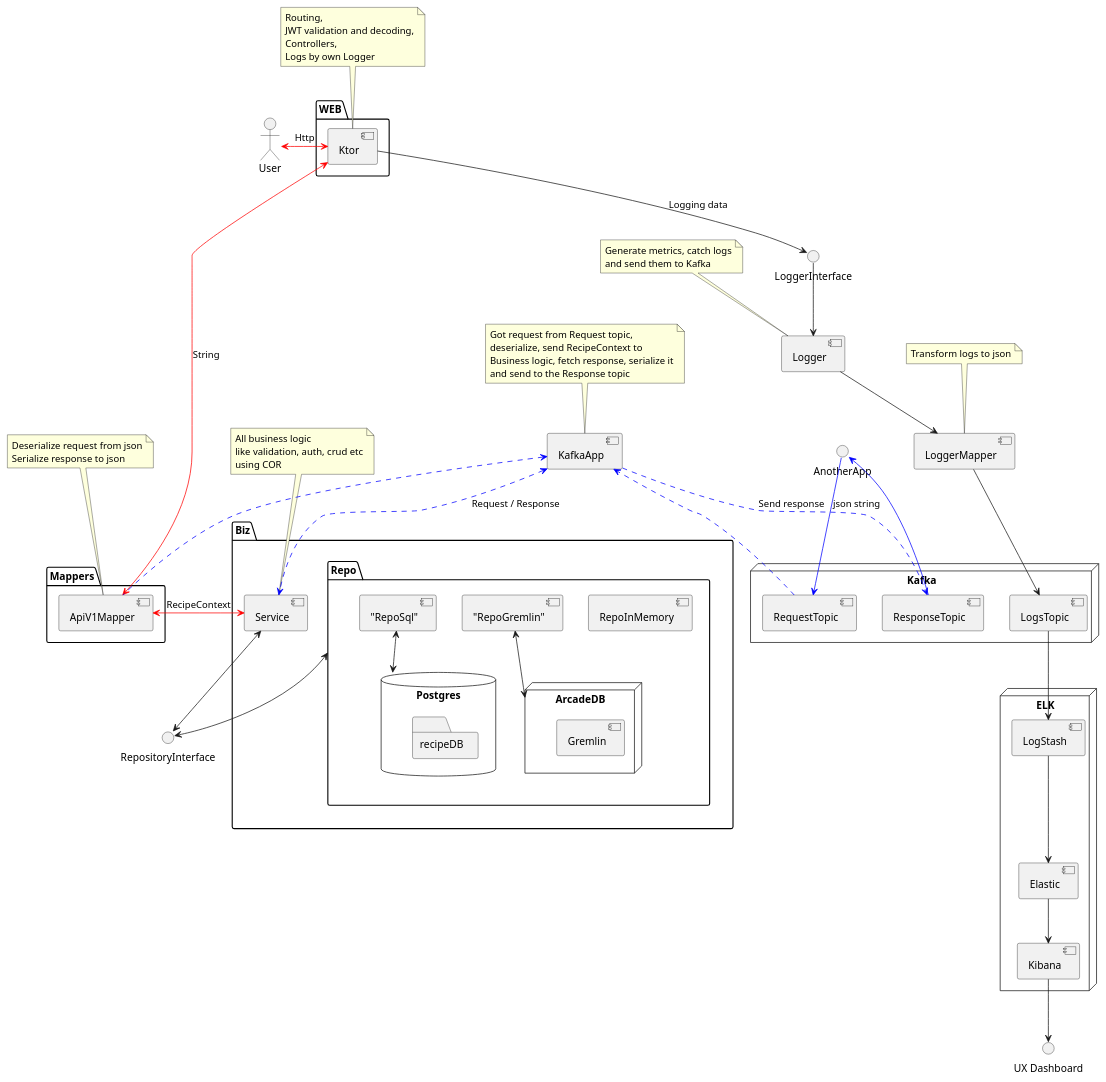
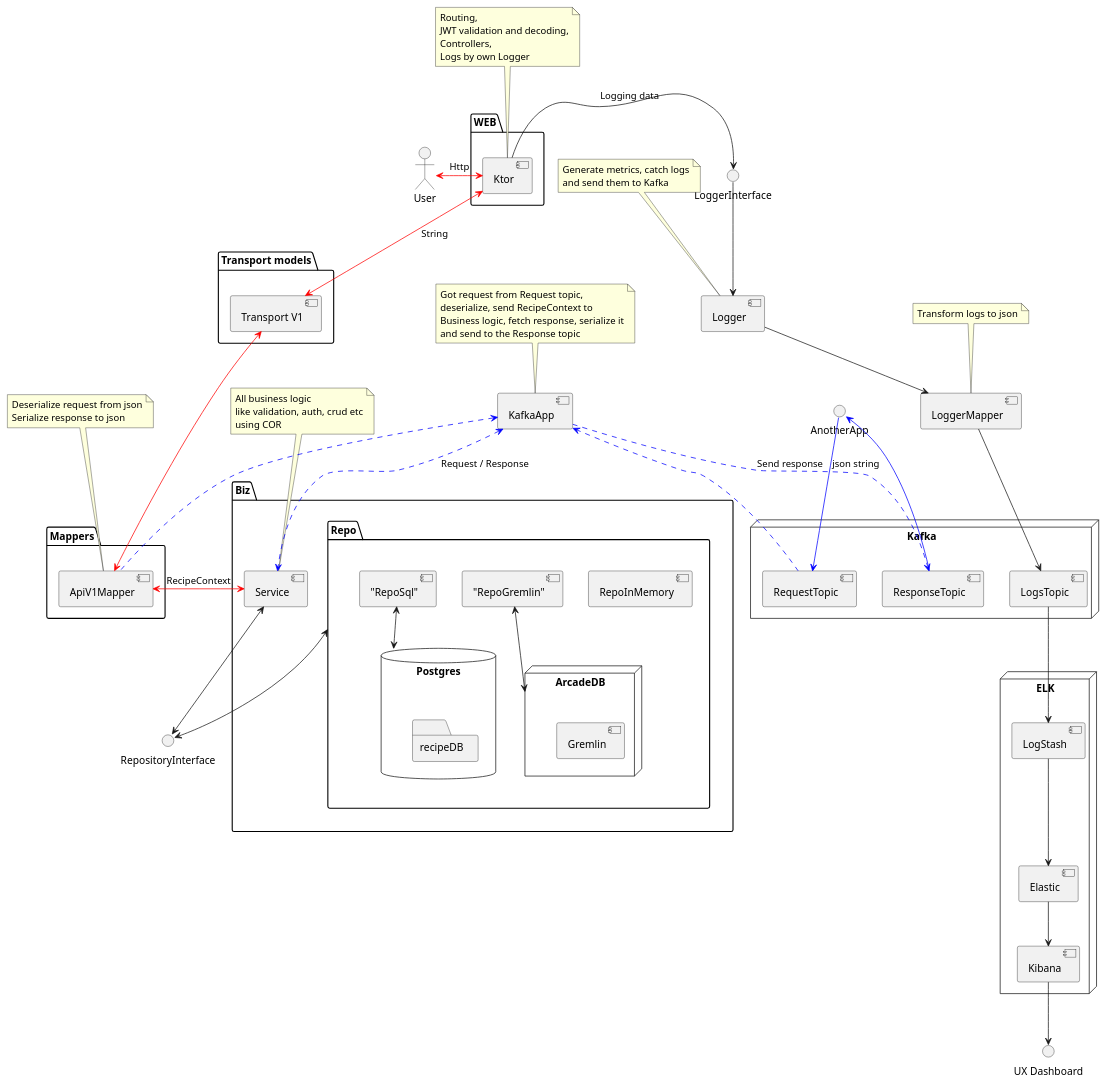
One commit to evgenysalnikov/otus-homework-recipe changed the diagram in docs/Recipe.puml. Above: the diagram before and after it, drawn with PlantUML. The commit also changed 1 other file, not shown here.

```diff
--- a/docs/Recipe.puml
+++ b/docs/Recipe.puml
@@ -1,95 +1,100 @@
 @startuml
 'https://plantuml.com/component-diagram
 "User"
 package "WEB" {
   User <-> [Ktor]#Red : Http
 }
 note top of Ktor
     Routing,
     JWT validation and decoding,
     Controllers,
     Logs by own Logger
 endnote
 
 node "Kafka" {
 [RequestTopic]
 [ResponseTopic]
 [LogsTopic]
 }
 
+package "Transport models" {
+    [Transport V1]
+}
+
 package "Mappers" {
-[Ktor] <--> [ApiV1Mapper]#Red: String
+[Transport V1] <--> [ApiV1Mapper]#Red
+[Ktor] <--> [Transport V1]#Red: String
 }
 
 interface "RepositoryInterface"
 package "Biz" {
 [ApiV1Mapper] <-> [Service]#Red : RecipeContext
 Service <--> RepositoryInterface
 [RepositoryInterface] <--> Repo
 }
 note top of Service
     All business logic
     like validation, auth, crud etc
     using COR
 endnote
 
 ()"AnotherApp" --> RequestTopic#Blue : json string
 RequestTopic ..> [KafkaApp]#Blue
 [KafkaApp] <.. [ApiV1Mapper]#Blue
 KafkaApp <..> [Service]#Blue: "Request / Response"
 KafkaApp ..> [ResponseTopic]#Blue: Send response
 ResponseTopic --> ()"AnotherApp"#Blue
 note top of ApiV1Mapper
     Deserialize request from json
     Serialize response to json
 endnote
 
 note top of KafkaApp
     Got request from Request topic,
     deserialize, send RecipeContext to
     Business logic, fetch response, serialize it
     and send to the Response topic
 endnote
 
 node "ELK" {
 [Elastic]
 [LogStash]
 [Kibana]
 }
 
 ()"LoggerInterface"
 
-[Ktor] --> LoggerInterface: Logging data
+[Ktor] -> LoggerInterface: Logging data
 LoggerInterface --> [Logger]
 [Logger] --> [LoggerMapper]
 [LoggerMapper] --> LogsTopic
 LogsTopic --> LogStash
 LogStash --> [Elastic]
 Elastic --> Kibana
 Kibana --> ()"UX Dashboard"
 
 note top of LoggerMapper
     Transform logs to json
 endnote
 
 note top of Logger
     Generate metrics, catch logs
     and send them to Kafka
 endnote
 
 package "Repo" {
 ["RepoInMemory"]
 ["RepoGremlin"] <--> ArcadeDB
 ["RepoSql"] <--> [Postgres]
 }
 
 database "Postgres" {
   folder "recipeDB" {
   }
 }
 
 node "ArcadeDB" {
 ["Gremlin"]
 }
 
 @enduml
```
